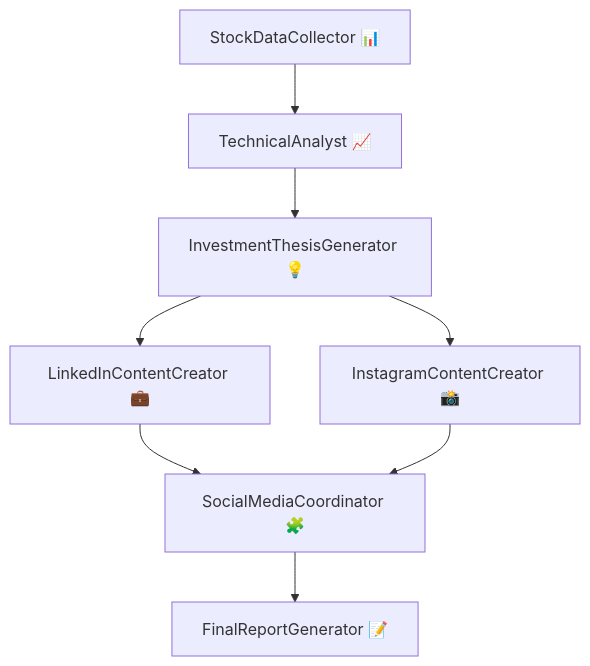
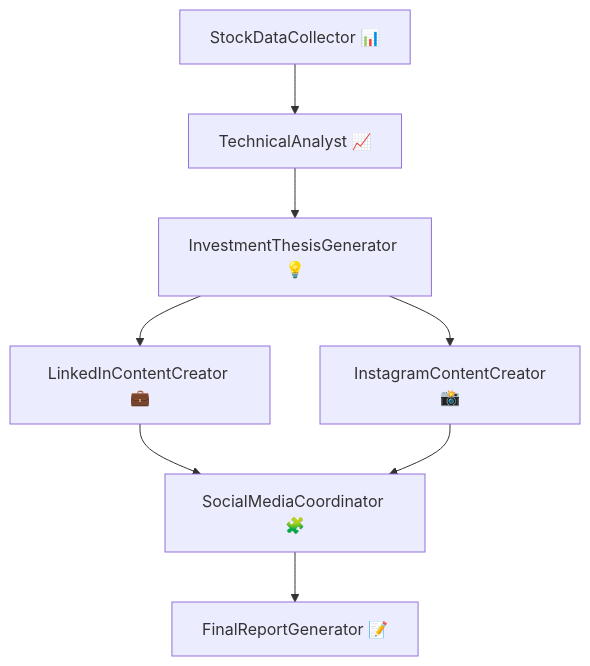
The diagram in README.md (snaman00/Multi-LiteLLM-Agent-with-Google-ADK), drawn with Mermaid before and after one commit.

````diff
--- a/README.md
+++ b/README.md
@@ -39,9 +39,9 @@
 ```mermaid
 graph TD
     A[StockDataCollector 📊] --> B[TechnicalAnalyst 📈]
     B --> C[InvestmentThesisGenerator 💡]
     C --> D[LinkedInContentCreator 💼]
-    C --> E[InstagramContentCreator 📸]
+    C --> E[InstagramContentCreator📸]
     D & E --> F[SocialMediaCoordinator 🧩]
     F --> G[FinalReportGenerator 📝]
 ```
````
